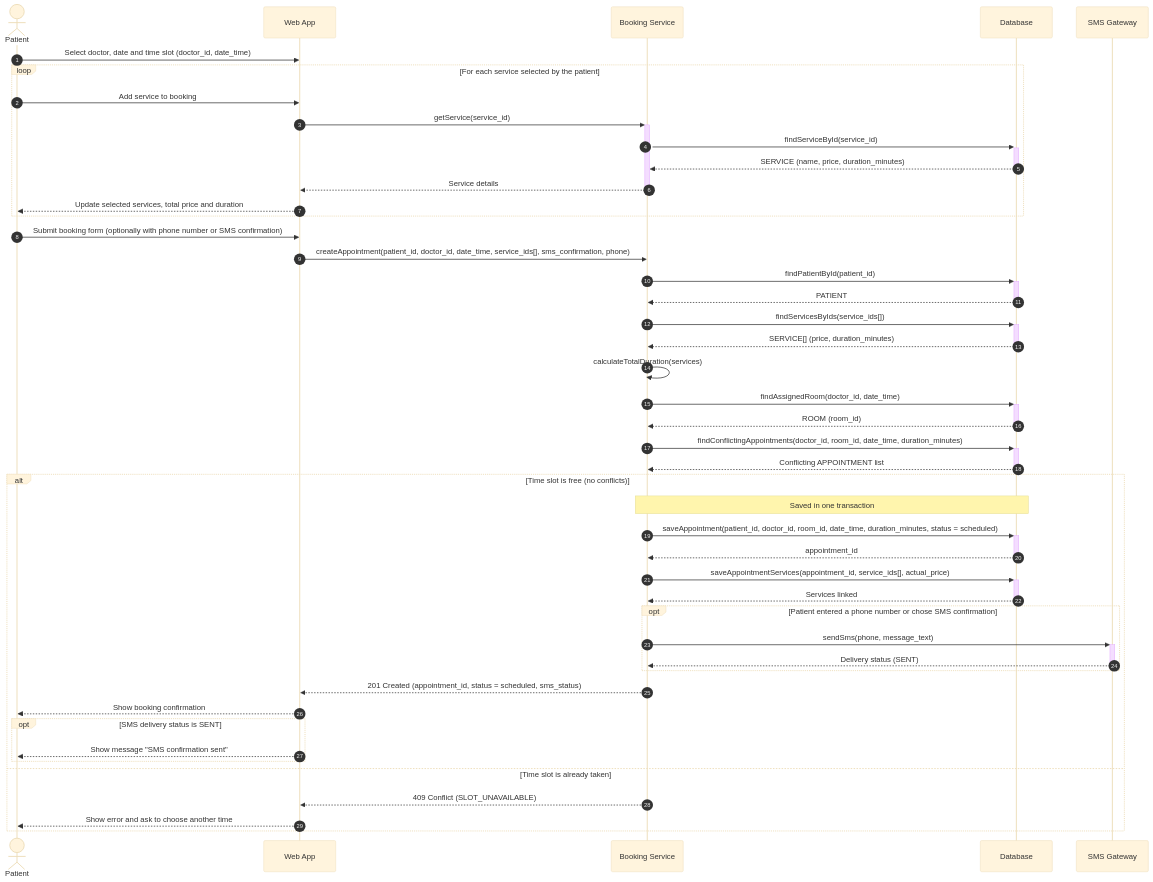
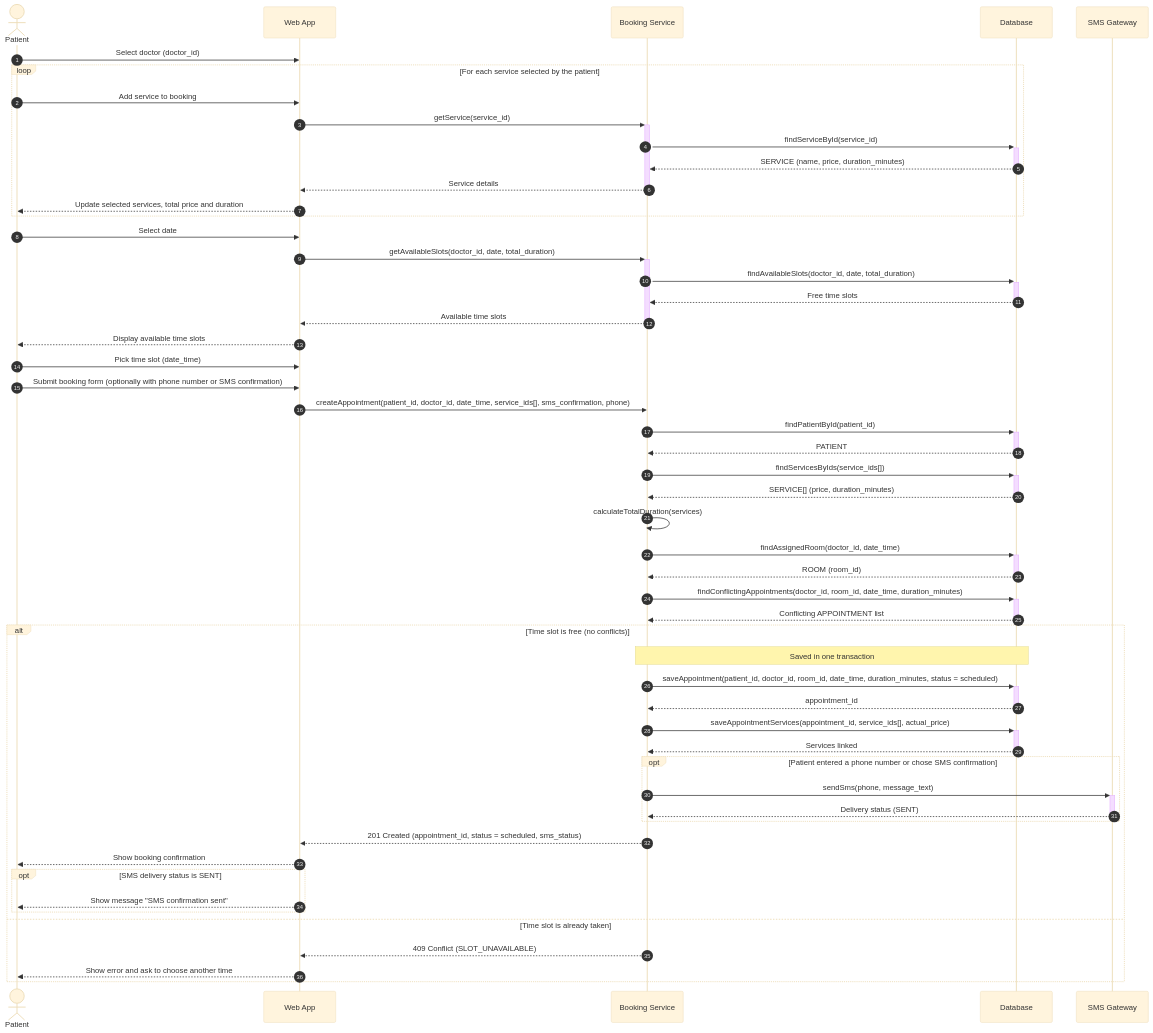
One commit to dvsqwx/KPI changed the diagram in sequence-diagram.mmd. Above: the diagram before and after it, drawn with Mermaid (base theme).

Commit message:
change booking flow + calculate duration before slot selection
There was a mistake in the ai ​​version. Initially, a patient could select a time slot without choosing a service. This is incorrect, as in real dental practices the duration depends on the service selected, therefore, the client should choose the time only after selecting the service.

```diff
--- a/sequence-diagram.mmd
+++ b/sequence-diagram.mmd
@@ -1,63 +1,71 @@
 %% Sequence diagram — запис пацієнта на прийом через онлайн-форму (UC1, REQ-01, REQ-02)
 %% Ланцюг: Patient -> Web App -> Booking Service -> Database
 %% Додатково: Booking Service -> SMS Gateway (опційне SMS-підтвердження, блок opt)
 %% Назви сутностей і атрибутів (PATIENT, DOCTOR, ROOM, SERVICE, APPOINTMENT, actual_price)
 %% збігаються з концептуальною моделлю з er-diagram.mmd.
 %% Return-повідомлення показані пунктирними стрілками (-->>).
 sequenceDiagram
     autonumber
     actor Patient
     participant WebApp as Web App
     participant Booking as Booking Service
     participant DB as Database
     participant SMSGateway as SMS Gateway
 
-    Patient->>WebApp: Select doctor, date and time slot (doctor_id, date_time)
+    Patient->>WebApp: Select doctor (doctor_id)
 
     loop For each service selected by the patient
         Patient->>WebApp: Add service to booking
         WebApp->>+Booking: getService(service_id)
         Booking->>+DB: findServiceById(service_id)
         DB-->>-Booking: SERVICE (name, price, duration_minutes)
         Booking-->>-WebApp: Service details
         WebApp-->>Patient: Update selected services, total price and duration
     end
+
+    Patient->>WebApp: Select date
+    WebApp->>+Booking: getAvailableSlots(doctor_id, date, total_duration)
+    Booking->>+DB: findAvailableSlots(doctor_id, date, total_duration)
+    DB-->>-Booking: Free time slots
+    Booking-->>-WebApp: Available time slots
+    WebApp-->>Patient: Display available time slots
+    Patient->>WebApp: Pick time slot (date_time)
 
     Patient->>WebApp: Submit booking form (optionally with phone number or SMS confirmation)
     WebApp->>Booking: createAppointment(patient_id, doctor_id, date_time, service_ids[], sms_confirmation, phone)
 
     Booking->>+DB: findPatientById(patient_id)
     DB-->>-Booking: PATIENT
     Booking->>+DB: findServicesByIds(service_ids[])
     DB-->>-Booking: SERVICE[] (price, duration_minutes)
     Booking->>Booking: calculateTotalDuration(services)
 
     %% Автоматичне визначення кабінету лікаря на бекенді
     Booking->>+DB: findAssignedRoom(doctor_id, date_time)
     DB-->>-Booking: ROOM (room_id)
 
     Booking->>+DB: findConflictingAppointments(doctor_id, room_id, date_time, duration_minutes)
     DB-->>-Booking: Conflicting APPOINTMENT list
 
     alt Time slot is free (no conflicts)
         Note over Booking,DB: Saved in one transaction
         Booking->>+DB: saveAppointment(patient_id, doctor_id, room_id, date_time, duration_minutes, status = scheduled)
         DB-->>-Booking: appointment_id
         Booking->>+DB: saveAppointmentServices(appointment_id, service_ids[], actual_price)
         DB-->>-Booking: Services linked
 
         opt Patient entered a phone number or chose SMS confirmation
             Booking->>+SMSGateway: sendSms(phone, message_text)
             SMSGateway-->>-Booking: Delivery status (SENT)
         end
 
         Booking-->>WebApp: 201 Created (appointment_id, status = scheduled, sms_status)
         WebApp-->>Patient: Show booking confirmation
 
         opt SMS delivery status is SENT
             WebApp-->>Patient: Show message "SMS confirmation sent"
         end
     else Time slot is already taken
         Booking-->>WebApp: 409 Conflict (SLOT_UNAVAILABLE)
         WebApp-->>Patient: Show error and ask to choose another time
     end
```
